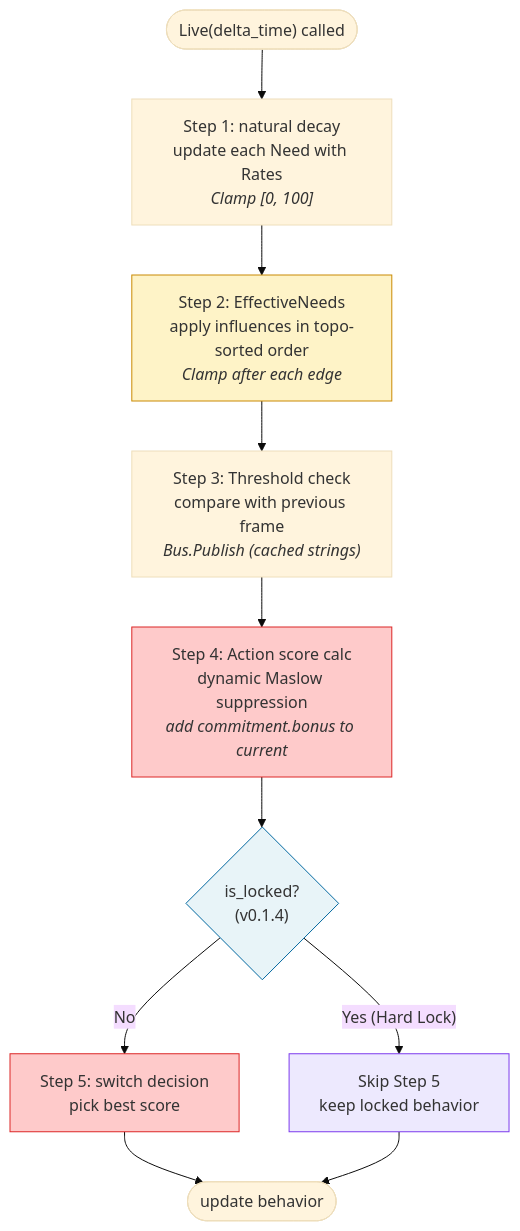
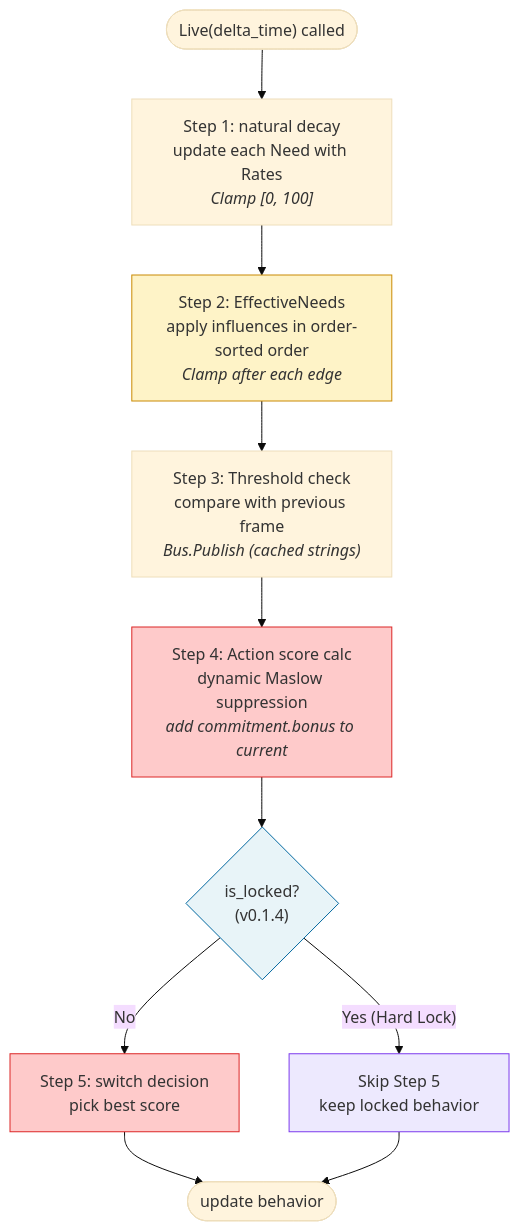
Before and after one commit to hiroxpepe/animo: the sixth of 12 diagrams in README.md, drawn with Mermaid (base theme). The commit also changed other lines of this file and 5 other files, not shown here.

````diff
--- a/README.md
+++ b/README.md
@@ -224,20 +224,20 @@
 ```mermaid
 flowchart TB
   Start(["Live(delta_time) called"])
   S1["Step 1: natural decay<br/>update each Need with Rates<br/><i>Clamp [0, 100]</i>"]
-  S2["Step 2: EffectiveNeeds<br/>apply influences in topo-sorted order<br/><i>Clamp after each edge</i>"]
+  S2["Step 2: EffectiveNeeds<br/>apply influences in order-sorted order<br/><i>Clamp after each edge</i>"]
   S3["Step 3: Threshold check<br/>compare with previous frame<br/><i>Bus.Publish (cached strings)</i>"]
   S4["Step 4: Action score calc<br/>dynamic Maslow suppression<br/><i>add commitment.bonus to current</i>"]
   Lock{"is_locked?<br/>(v0.1.4)"}
   S5["Step 5: switch decision<br/>pick best score"]
   Skip["Skip Step 5<br/>keep locked behavior"]
   End(["update behavior"])
   Start --> S1 --> S2 --> S3 --> S4 --> Lock
   Lock -->|"No"| S5 --> End
   Lock -->|"Yes (Hard Lock)"| Skip --> End
   style S2 fill:#fef3c7,stroke:#ca8a04
   style S4 fill:#fecaca,stroke:#dc2626
   style S5 fill:#fecaca,stroke:#dc2626
   style Lock fill:#e8f4f8,stroke:#0369a1
   style Skip fill:#ede9fe,stroke:#7c3aed
 ```
````
